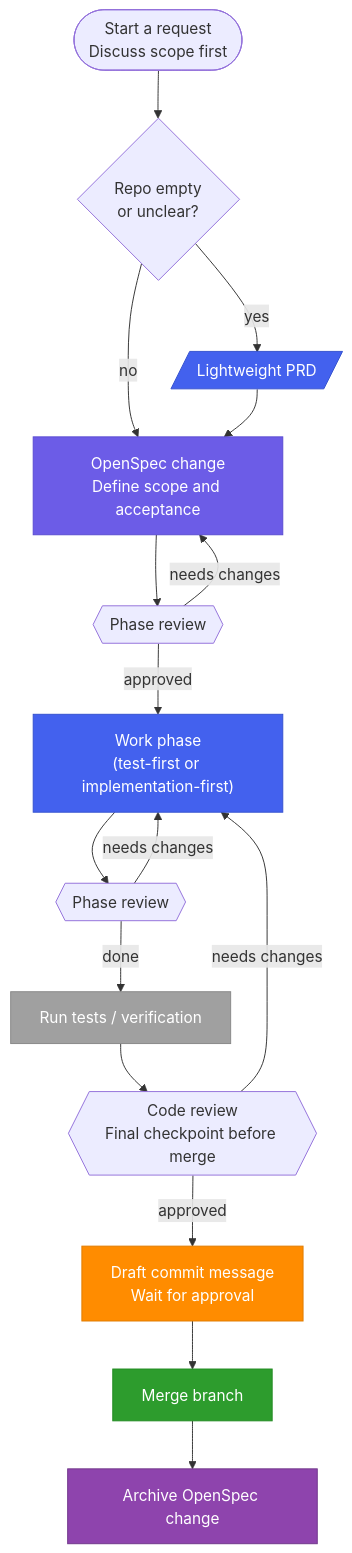
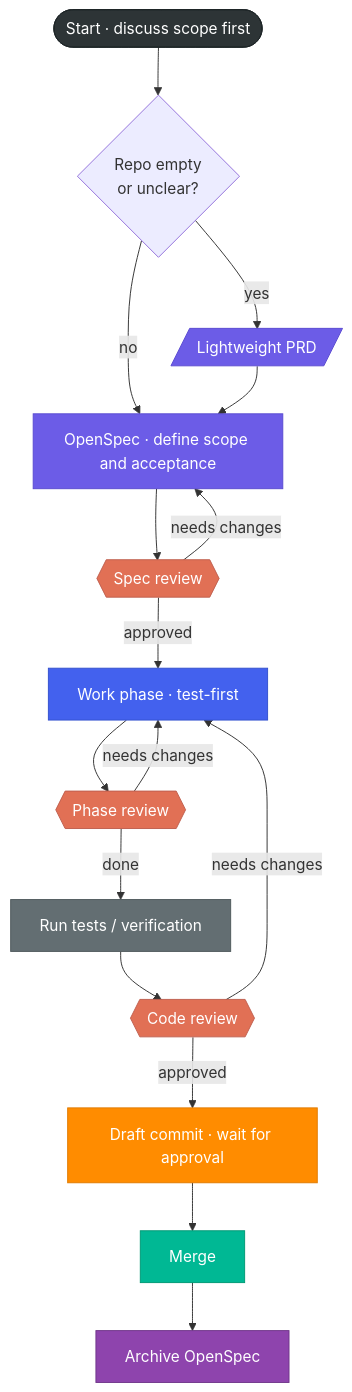
Before and after one commit to Ray-suen/spec-review-workflow: the diagram in README.md, drawn with Mermaid.

Commit message:
docs(readme): improve flowchart colors and layout

````diff
--- a/README.md
+++ b/README.md
@@ -10,36 +10,47 @@
 ```mermaid
 flowchart TD
-    START([Start a request<br>Discuss scope first]) --> NEED_PRD{Repo empty<br>or unclear?}
+    START([Start · discuss scope first]) --> NEED_PRD{Repo empty<br>or unclear?}
 
     NEED_PRD -->|yes| PRD
     NEED_PRD -->|no| SPEC
 
     PRD[/"Lightweight PRD"/] --> SPEC
-    SPEC["OpenSpec change<br>Define scope and acceptance"] --> REVIEW1
+    SPEC["OpenSpec · define scope and acceptance"] --> REVIEW1
 
-    REVIEW1{{"Phase review"}}
+    REVIEW1{{"Spec review"}}
     REVIEW1 -->|approved| WORK
     REVIEW1 -->|needs changes| SPEC
-    WORK["Work phase<br>(test-first or implementation-first)"] --> REVIEW2
+
+    WORK["Work phase · test-first"] --> REVIEW2
 
     REVIEW2{{"Phase review"}}
     REVIEW2 -->|done| VERIFY
     REVIEW2 -->|needs changes| WORK
 
     VERIFY["Run tests / verification"] --> CODE_REVIEW
 
-    CODE_REVIEW{{"Code review<br>Final checkpoint before merge"}}
+    CODE_REVIEW{{"Code review"}}
     CODE_REVIEW -->|approved| COMMIT
     CODE_REVIEW -->|needs changes| WORK
 
-    COMMIT["Draft commit message<br>Wait for approval"] --> MERGE["Merge branch"]
-    MERGE --> ARCHIVE["Archive OpenSpec change"]
+    COMMIT["Draft commit · wait for approval"] --> MERGE["Merge"]
+    MERGE --> ARCHIVE["Archive OpenSpec"]
 
-    style PRD fill:#4361ee,stroke:#3451ce,color:#fff
-    style SPEC fill:#6c5ce7,stroke:#5a4bd1,color:#fff
-    style WORK fill:#4361ee,stroke:#3451ce,color:#fff
-    style VERIFY fill:#a0a0a0,stroke:#888,color:#fff
-    style COMMIT fill:#ff8c00,stroke:#e07b00,color:#fff
-    style MERGE fill:#2d9c2d,stroke:#228B22,color:#fff
-    style ARCHIVE fill:#8e44ad,stroke:#70368a,color:#fff
+    classDef start fill:#2d3436,stroke:#1e2527,color:#fff
+    classDef plan fill:#6c5ce7,stroke:#5a4bd1,color:#fff
+    classDef work fill:#4361ee,stroke:#3451ce,color:#fff
+    classDef review fill:#e17055,stroke:#c0604f,color:#fff
+    classDef verify fill:#636e72,stroke:#4f595c,color:#fff
+    classDef commit fill:#ff8c00,stroke:#e07b00,color:#fff
+    classDef done fill:#00b894,stroke:#009975,color:#fff
+    classDef archive fill:#8e44ad,stroke:#70368a,color:#fff
+
+    class START start
+    class PRD,SPEC plan
+    class WORK work
+    class REVIEW1,REVIEW2,CODE_REVIEW review
+    class VERIFY verify
+    class COMMIT commit
+    class MERGE done
+    class ARCHIVE archive
 ```
````
